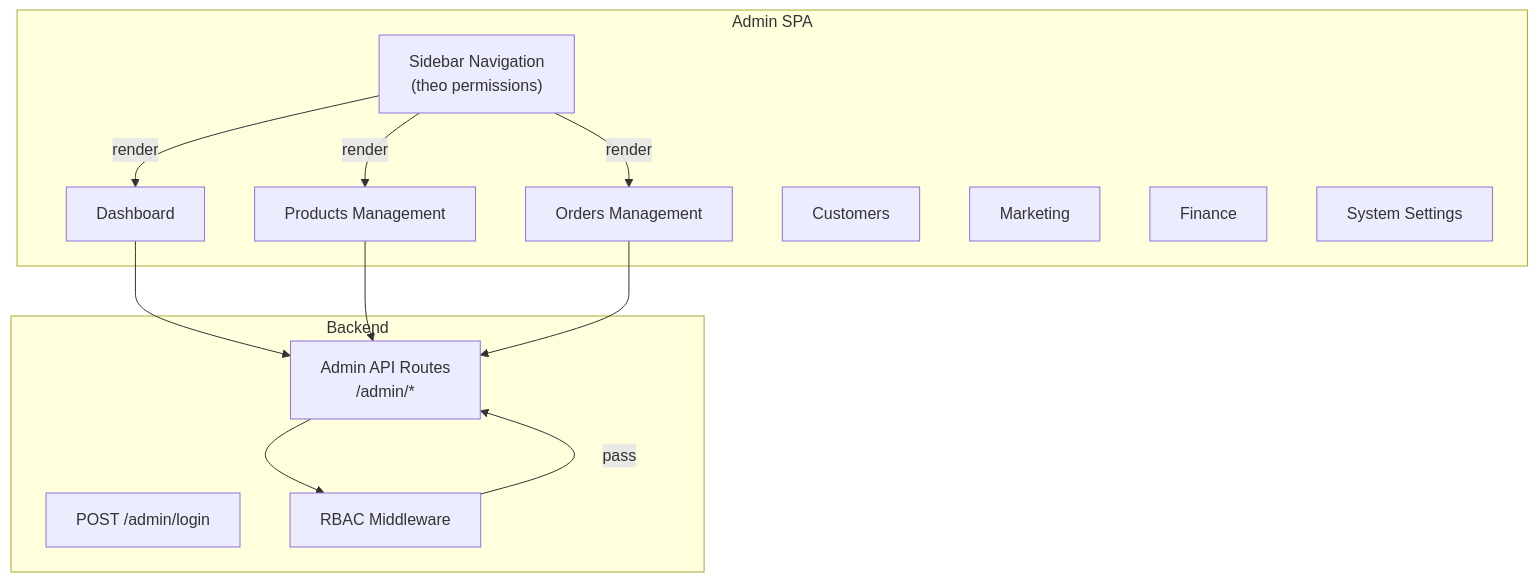
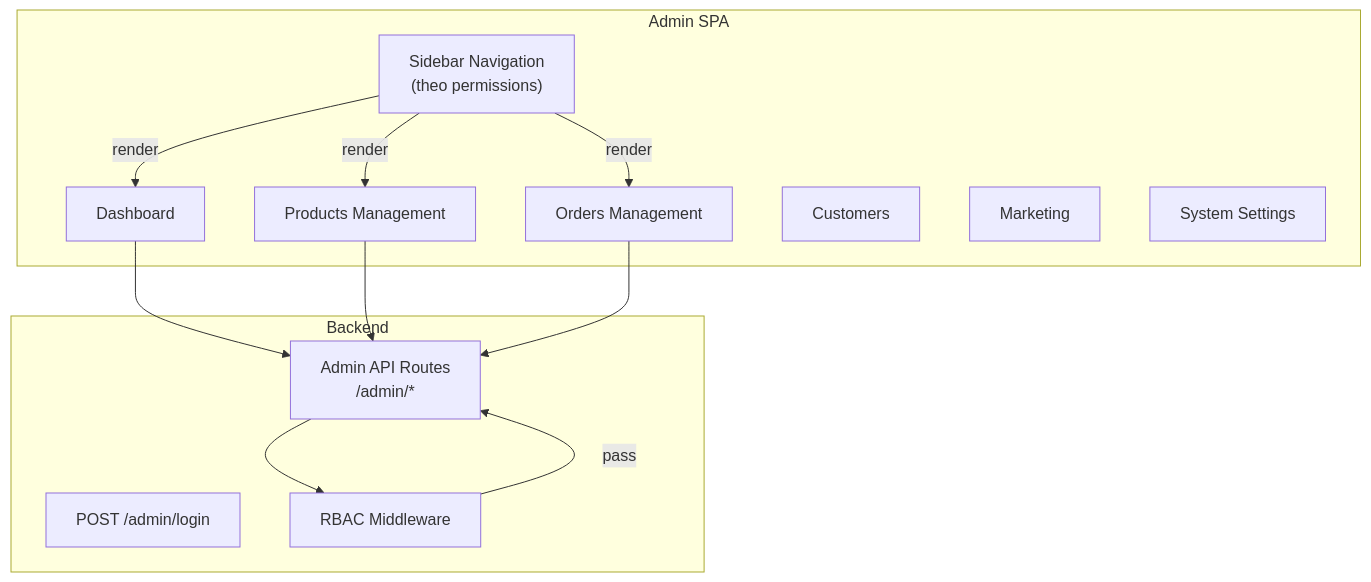
The first of 3 diagrams in docs/05-admin/README.md (pathust/mong.fruitboxz), drawn with Mermaid before and after one commit. The commit also changed other lines of this file and 9 other files, not shown here.

````diff
--- a/docs/05-admin/README.md
+++ b/docs/05-admin/README.md
@@ -9,28 +9,27 @@
 ```mermaid
 graph TB
     subgraph Admin SPA
         NAV["Sidebar Navigation\n(theo permissions)"]
         DASH["Dashboard"]
         PROD["Products Management"]
         ORD["Orders Management"]
         CUST["Customers"]
         MKT["Marketing"]
-        FIN["Finance"]
         SYS["System Settings"]
     end
 
     subgraph Backend
         AUTH["POST /admin/login"]
         RBAC["RBAC Middleware"]
         API["Admin API Routes\n/admin/*"]
     end
 
     NAV -->|render| DASH
     NAV -->|render| PROD
     NAV -->|render| ORD
     DASH --> API
     PROD --> API
     ORD --> API
     API --> RBAC
     RBAC -->|pass| API
 ```
````
